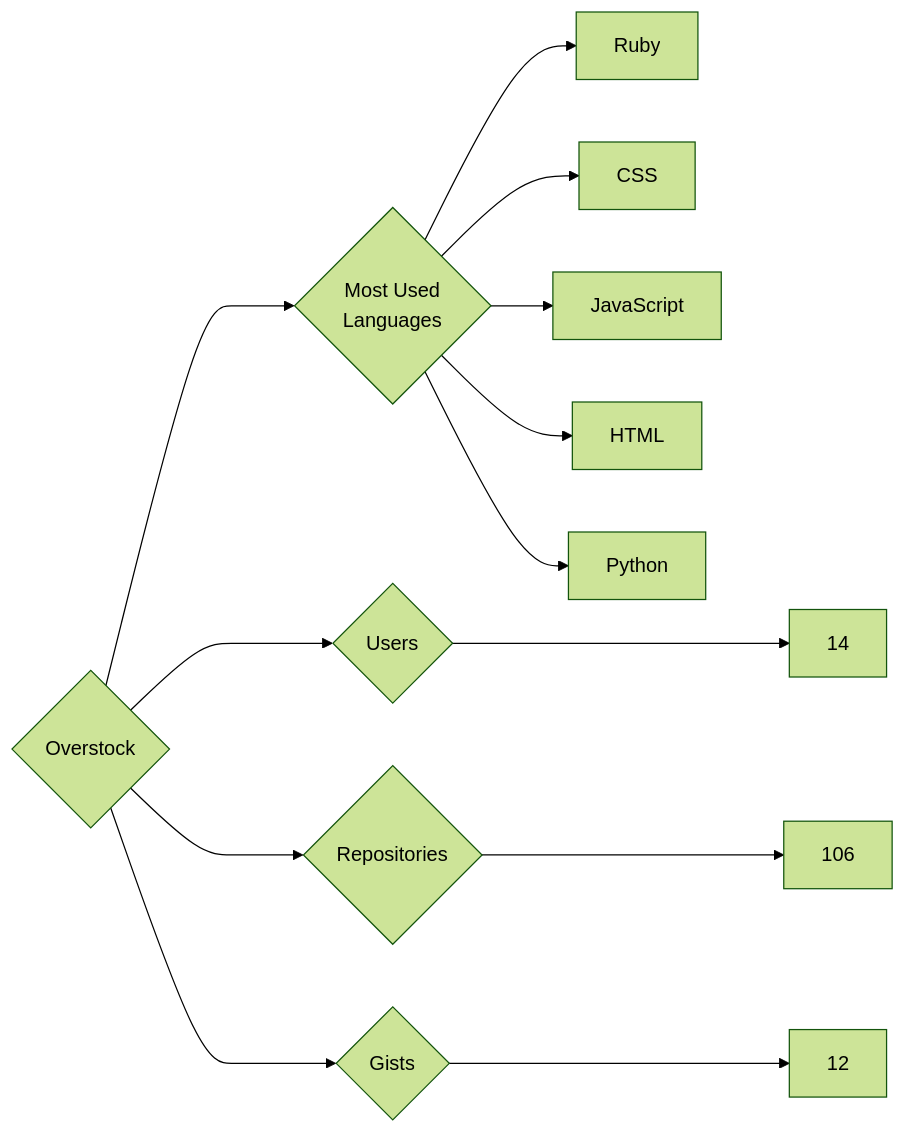
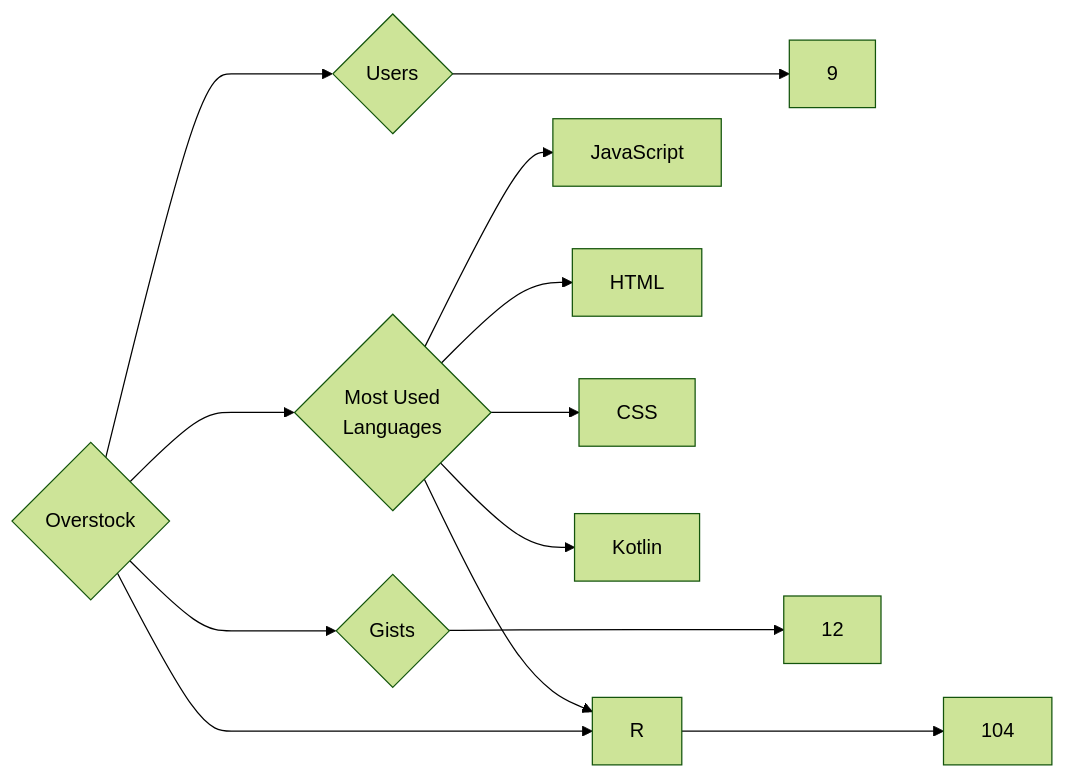
The diagram in targets/Overstock/README.md (trickest/insiders), drawn with Mermaid (forest theme) before and after one commit. The commit also changed 939 other files, not shown here.

````diff
--- a/targets/Overstock/README.md
+++ b/targets/Overstock/README.md
@@ -3,13 +3,13 @@
 ```mermaid
 graph LR
 COMPANY_NAME{Overstock}
-COMPANY_NAME ---> U{Users} ---> UN[14]
-COMPANY_NAME ---> R{Repositories} ---> RN[106]
+COMPANY_NAME ---> U{Users} ---> UN[9]
+COMPANY_NAME ---> R{Repositories} ---> RN[104]
 COMPANY_NAME ---> G{Gists} ---> GN[12]
 COMPANY_NAME ---> ML{Most Used<br>Languages}
-ML --> Ruby[Ruby]
-ML --> CSS[CSS]
 ML --> JavaScript[JavaScript]
 ML --> HTML[HTML]
-ML --> Python[Python]
+ML --> CSS[CSS]
+ML --> R[R]
+ML --> Kotlin[Kotlin]
 ```
````
